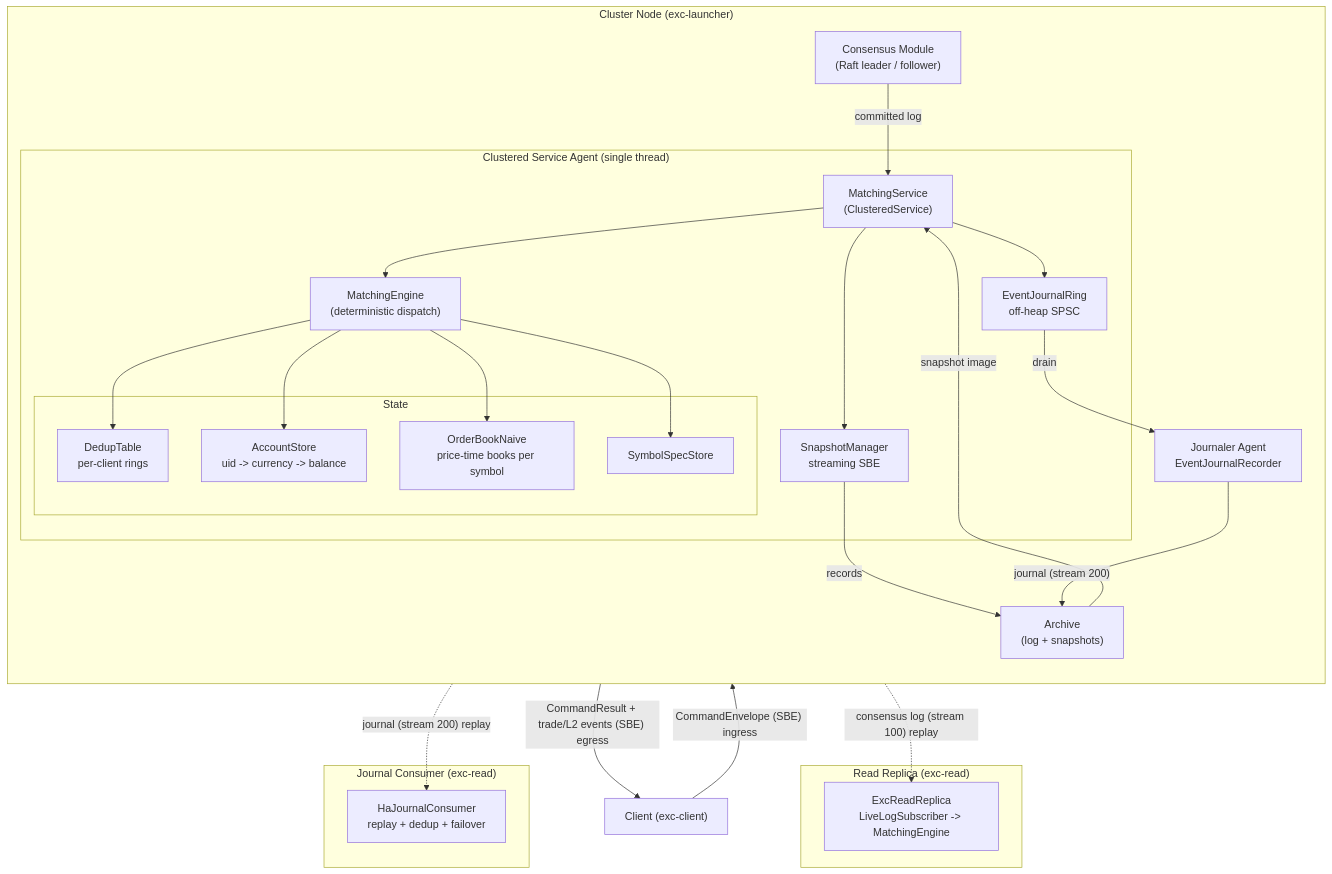
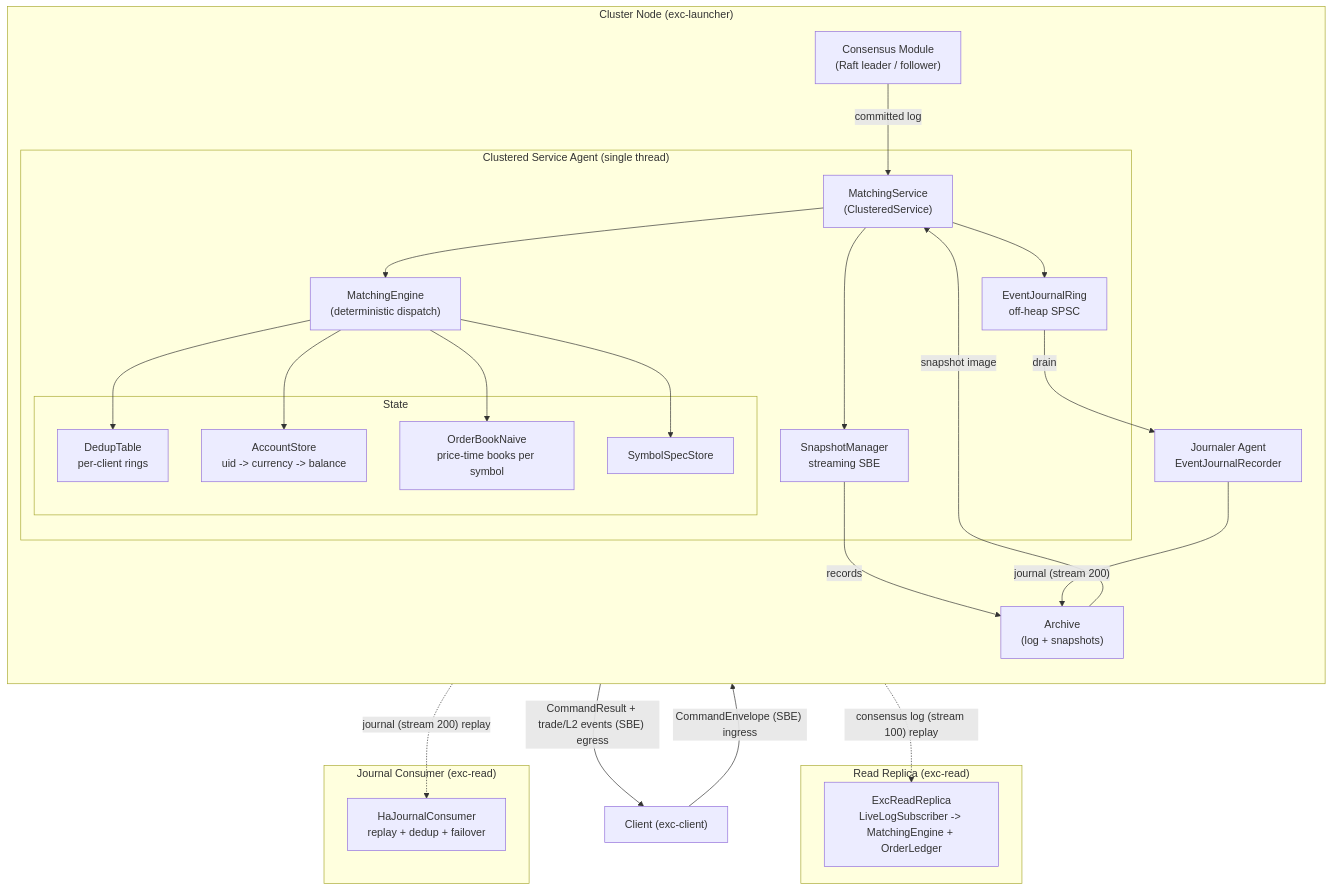
The diagram in README.md (brianpht/excoredum), drawn with Mermaid before and after one commit. The commit also changed other lines of this file and 2 other files, not shown here.

Commit message:
docs: Update documentation for examples and clarify LiveLogSubscriber functionality

````diff
--- a/README.md
+++ b/README.md
@@ -280,44 +280,44 @@
 ```mermaid
 flowchart TB
     subgraph NODE["Cluster Node (exc-launcher)"]
         direction TB
         CM["Consensus Module\n(Raft leader / follower)"]
         AR["Archive\n(log + snapshots)"]
         subgraph SC["Clustered Service Agent (single thread)"]
             MS["MatchingService\n(ClusteredService)"]
             ME["MatchingEngine\n(deterministic dispatch)"]
             subgraph STATE["State"]
                 DT["DedupTable\nper-client rings"]
                 AC["AccountStore\nuid -> currency -> balance"]
                 OB["OrderBookNaive\nprice-time books per symbol"]
                 SY["SymbolSpecStore"]
             end
             SM["SnapshotManager\nstreaming SBE"]
             RING["EventJournalRing\noff-heap SPSC"]
             MS --> ME --> DT
             ME --> AC
             ME --> OB
             ME --> SY
             MS --> SM
             MS --> RING
         end
         JR["Journaler Agent\nEventJournalRecorder"]
         CM -->|" committed log "| MS
         SM -->|" records "| AR
         AR -->|" snapshot image "| MS
         RING -->|" drain "| JR
         JR -->|" journal (stream 200) "| AR
     end
 
     GW["Client (exc-client)"] -->|" CommandEnvelope (SBE) ingress "| CM
     MS -->|" CommandResult + trade/L2 events (SBE) egress "| GW
 
     subgraph READ["Read Replica (exc-read)"]
-        RR["ExcReadReplica\nLiveLogSubscriber -> MatchingEngine"]
+        RR["ExcReadReplica\nLiveLogSubscriber -> MatchingEngine + OrderLedger"]
     end
     subgraph JCON["Journal Consumer (exc-read)"]
         HJC["HaJournalConsumer\nreplay + dedup + failover"]
     end
     AR -.->|" consensus log (stream 100) replay "| RR
     AR -.->|" journal (stream 200) replay "| HJC
 ```
````
